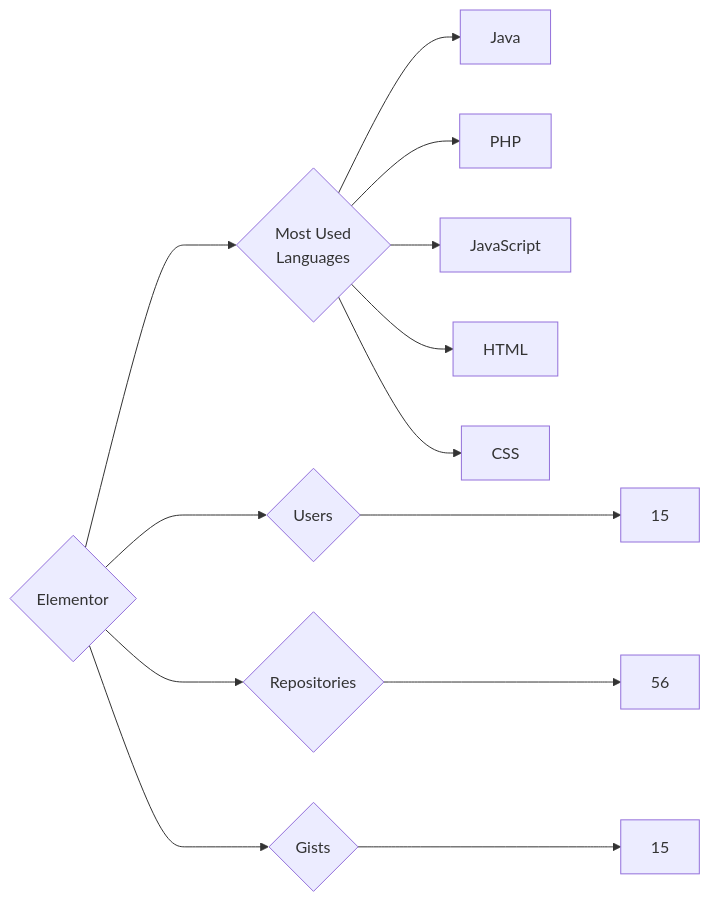
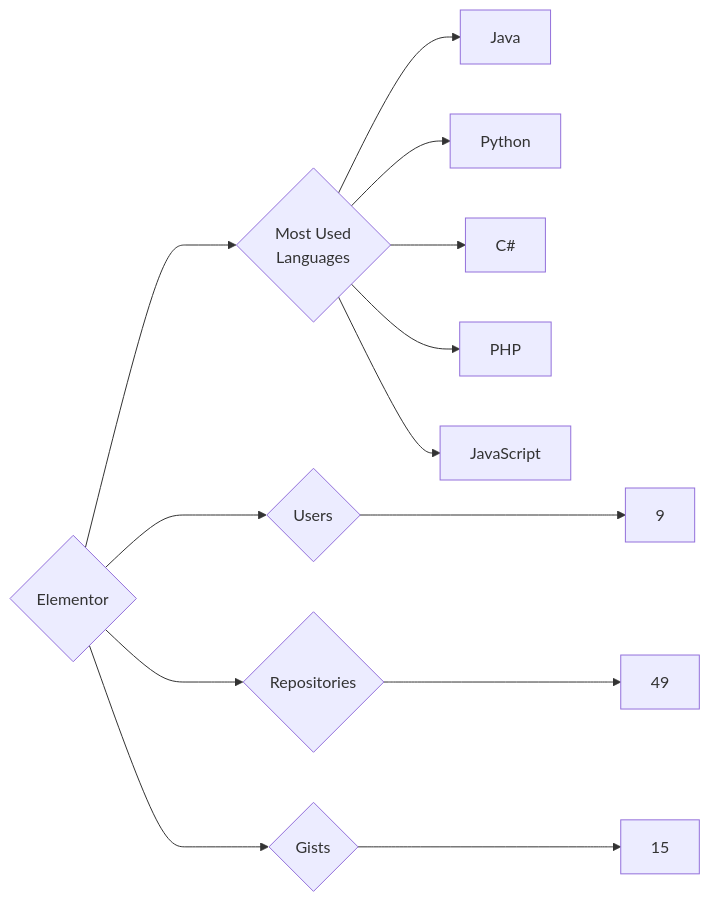
The diagram in targets/Elementor/README.md (trickest/insiders), drawn with Mermaid before and after one commit. The commit also changed 925 other files, not shown here.

````diff
--- a/targets/Elementor/README.md
+++ b/targets/Elementor/README.md
@@ -3,13 +3,13 @@
 ```mermaid
 graph LR
 COMPANY_NAME{Elementor}
-COMPANY_NAME ---> U{Users} ---> UN[15]
-COMPANY_NAME ---> R{Repositories} ---> RN[56]
+COMPANY_NAME ---> U{Users} ---> UN[9]
+COMPANY_NAME ---> R{Repositories} ---> RN[49]
 COMPANY_NAME ---> G{Gists} ---> GN[15]
 COMPANY_NAME ---> ML{Most Used<br>Languages}
 ML --> Java[Java]
+ML --> Python[Python]
+ML --> C#[C#]
 ML --> PHP[PHP]
 ML --> JavaScript[JavaScript]
-ML --> HTML[HTML]
-ML --> CSS[CSS]
 ```
````
